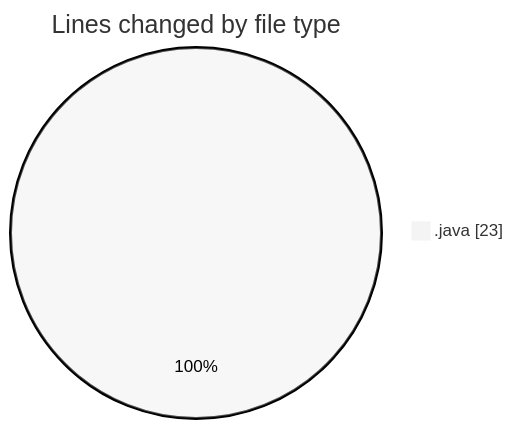
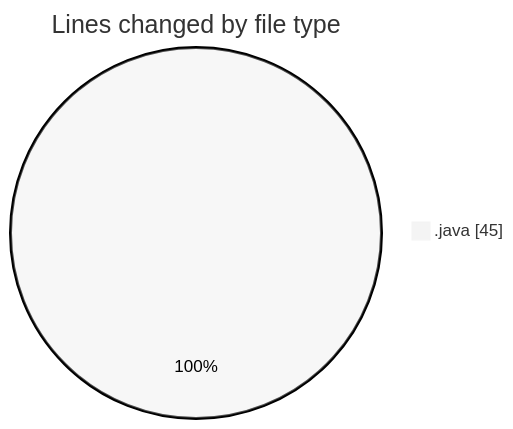
Before and after one commit to NitaiMahat/code-tracking: the first of 2 diagrams in 2025-02-22/coding_prac_7/README.md, drawn with Mermaid (neutral theme). The commit also changed other lines of this file and 1 other file, not shown here.

````diff
--- a/2025-02-22/coding_prac_7/README.md
+++ b/2025-02-22/coding_prac_7/README.md
@@ -20,5 +21,5 @@
 ```mermaid
 pie showData
 title Lines changed by file type
-".java" : 23
+".java" : 45
 ```
````
